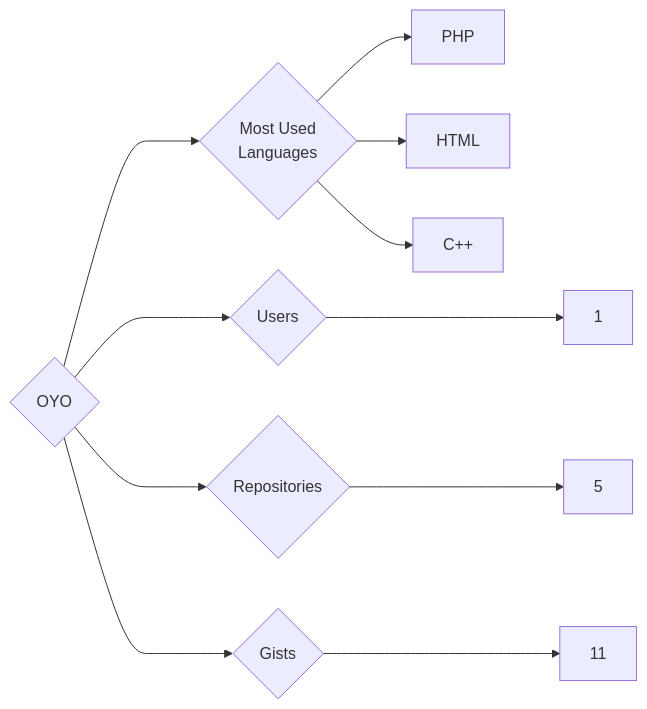
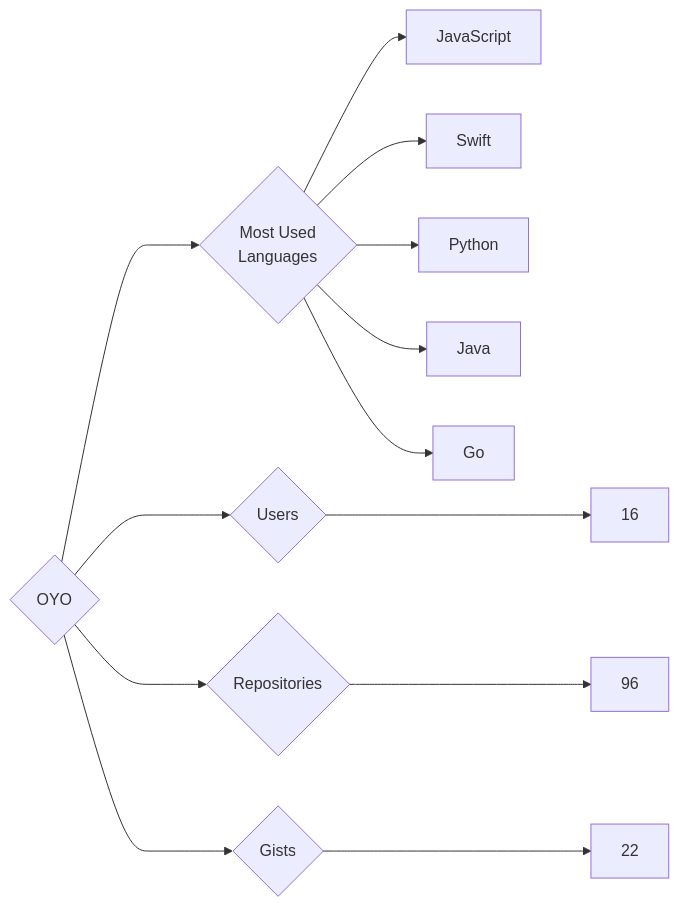
Before and after one commit to trickest/insiders: the diagram in targets/OYO/README.md, drawn with Mermaid. The commit also changed 953 other files, not shown here.

````diff
--- a/targets/OYO/README.md
+++ b/targets/OYO/README.md
@@ -3,11 +3,13 @@
 ```mermaid
 graph LR
 COMPANY_NAME{OYO}
-COMPANY_NAME ---> U{Users} ---> UN[1]
-COMPANY_NAME ---> R{Repositories} ---> RN[5]
-COMPANY_NAME ---> G{Gists} ---> GN[11]
+COMPANY_NAME ---> U{Users} ---> UN[16]
+COMPANY_NAME ---> R{Repositories} ---> RN[96]
+COMPANY_NAME ---> G{Gists} ---> GN[22]
 COMPANY_NAME ---> ML{Most Used<br>Languages}
-ML --> PHP[PHP]
-ML --> HTML[HTML]
-ML --> C++[C++]
+ML --> JavaScript[JavaScript]
+ML --> Swift[Swift]
+ML --> Python[Python]
+ML --> Java[Java]
+ML --> Go[Go]
 ```
````
